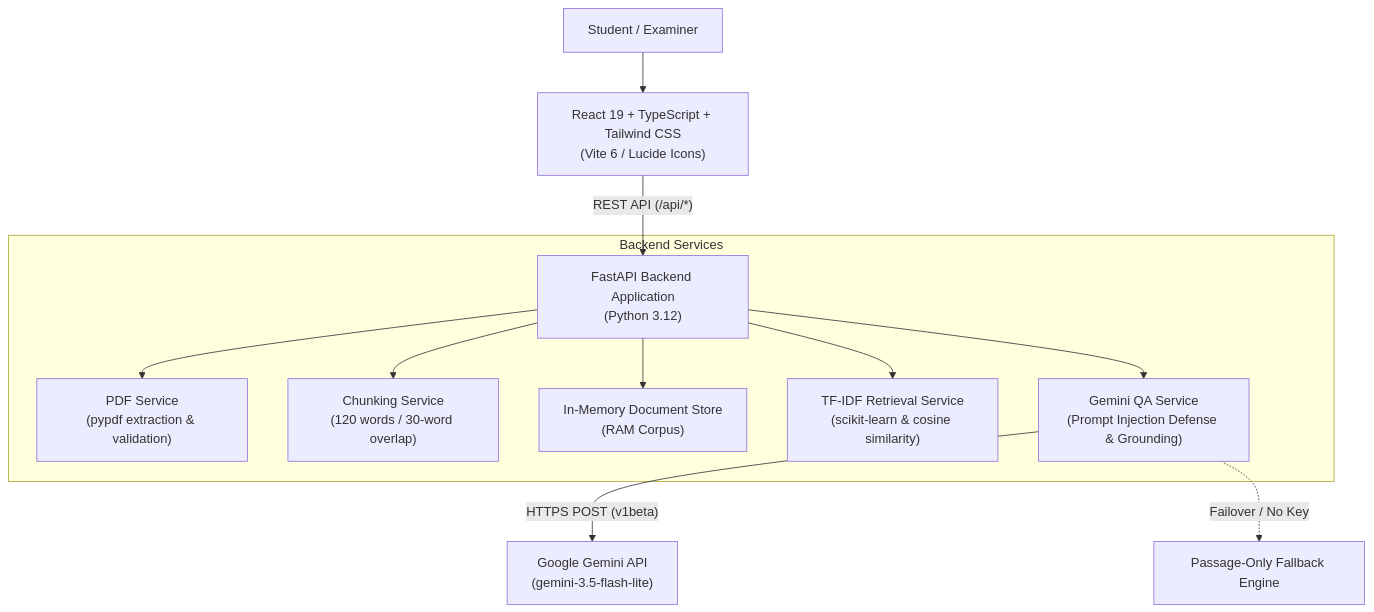
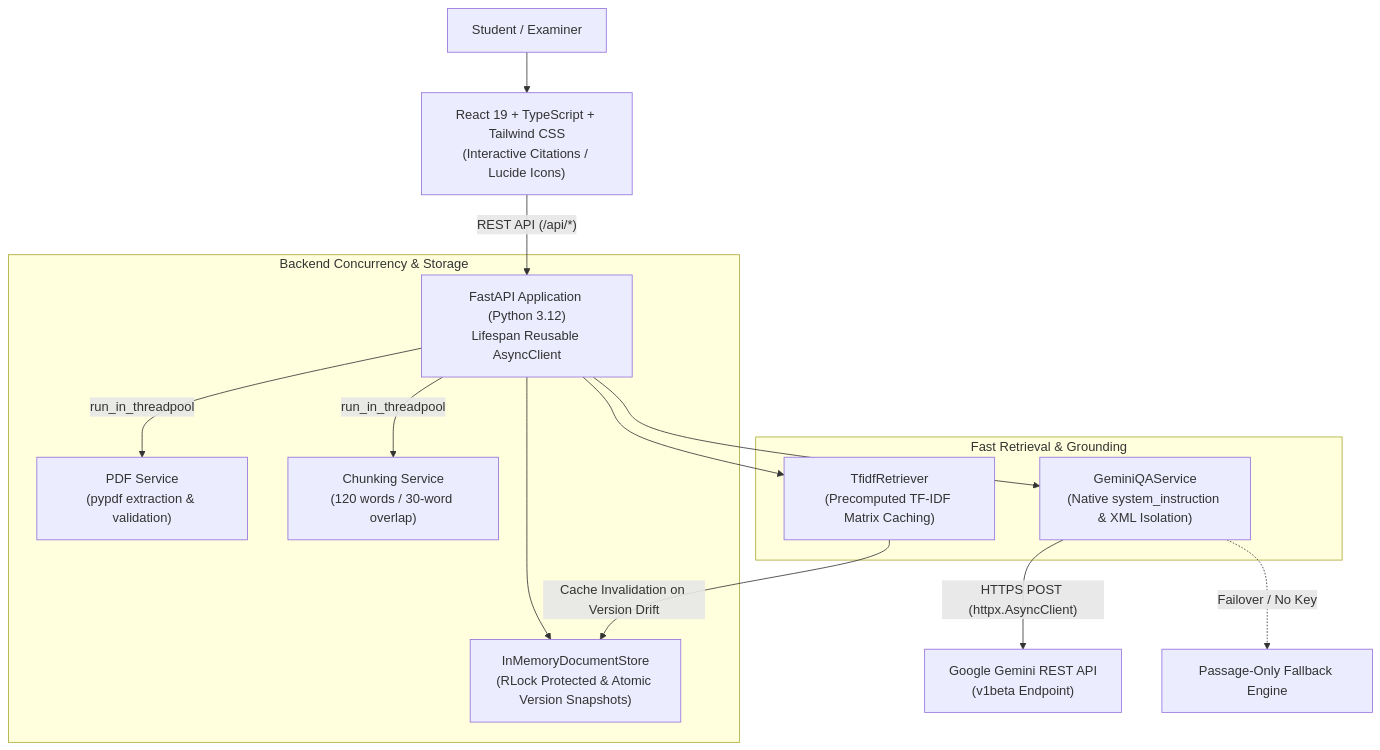
Before and after one commit to xyther29/Documind-Ai: the diagram in README.md, drawn with Mermaid. The commit also changed other lines of this file and 8240 other files, not shown here.

````diff
--- a/README.md
+++ b/README.md
@@ -9,16 +9,20 @@
 ```mermaid
 flowchart TD
-    User["Student / Examiner"] --> Frontend["React 19 + TypeScript + Tailwind CSS\n(Vite 6 / Lucide Icons)"]
-    Frontend -->|"REST API (/api/*)"| FastAPI["FastAPI Backend Application\n(Python 3.12)"]
+    User["Student / Examiner"] --> Frontend["React 19 + TypeScript + Tailwind CSS\n(Interactive Citations / Lucide Icons)"]
+    Frontend -->|"REST API (/api/*)"| FastAPI["FastAPI Application (Python 3.12)\nLifespan Reusable AsyncClient"]
     
-    subgraph Backend Services
-        FastAPI --> PDFService["PDF Service\n(pypdf extraction & validation)"]
-        FastAPI --> ChunkingService["Chunking Service\n(120 words / 30-word overlap)"]
-        FastAPI --> Store["In-Memory Document Store\n(RAM Corpus)"]
-        FastAPI --> Retriever["TF-IDF Retrieval Service\n(scikit-learn & cosine similarity)"]
-        FastAPI --> QAService["Gemini QA Service\n(Prompt Injection Defense & Grounding)"]
+    subgraph Backend Concurrency & Storage
+        FastAPI -->|"run_in_threadpool"| PDFService["PDF Service\n(pypdf extraction & validation)"]
+        FastAPI -->|"run_in_threadpool"| ChunkingService["Chunking Service\n(120 words / 30-word overlap)"]
+        FastAPI --> Store["InMemoryDocumentStore\n(RLock Protected & Atomic Version Snapshots)"]
+    end
+
+    subgraph Fast Retrieval & Grounding
+        FastAPI --> Retriever["TfidfRetriever\n(Precomputed TF-IDF Matrix Caching)"]
+        Retriever -->|"Cache Invalidation on Version Drift"| Store
+        FastAPI --> QAService["GeminiQAService\n(Native system_instruction & XML Isolation)"]
     end
     
-    QAService -->|"HTTPS POST (v1beta)"| GeminiAPI["Google Gemini API\n(gemini-3.5-flash-lite)"]
+    QAService -->|"HTTPS POST (httpx.AsyncClient)"| GeminiAPI["Google Gemini REST API\n(v1beta Endpoint)"]
     QAService -.->|"Failover / No Key"| Fallback["Passage-Only Fallback Engine"]
 ```
````
